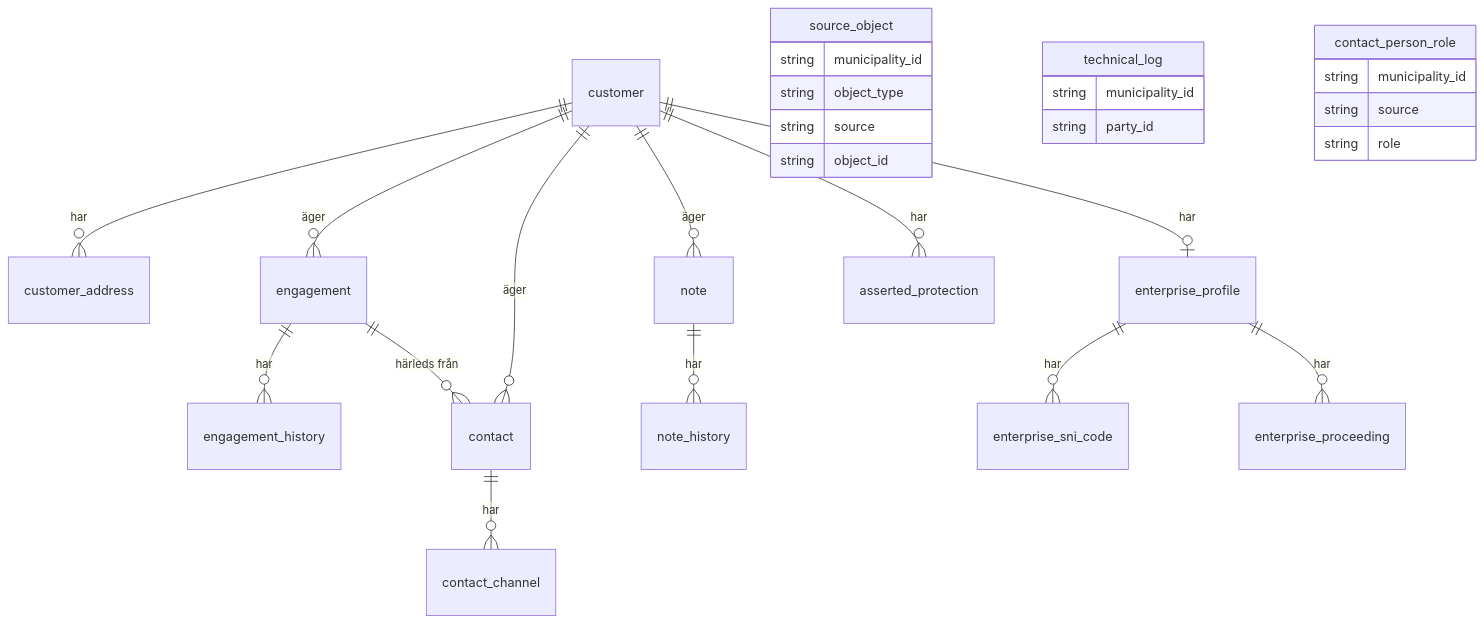
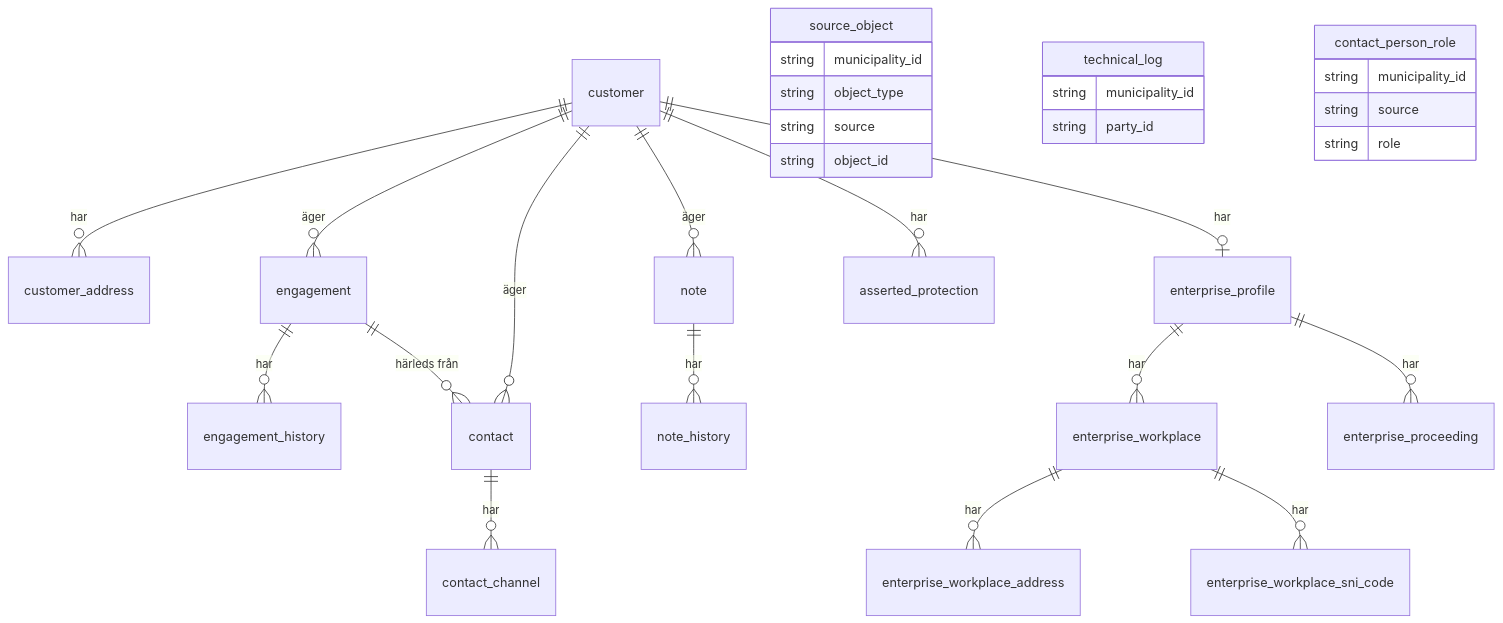
One commit to Sundsvallskommun/api-service-party-overview changed the diagram in docs/arkitektur/04-datamodell.md. Above: the diagram before and after it, drawn with Mermaid. The commit also changed other lines of this file and 12 other files, not shown here.

````diff
--- a/docs/arkitektur/04-datamodell.md
+++ b/docs/arkitektur/04-datamodell.md
@@ -7,30 +7,32 @@
 ```mermaid
 erDiagram
     customer ||--o{ customer_address : "har"
     customer ||--o{ engagement : "äger"
     customer ||--o{ contact : "äger"
     customer ||--o{ note : "äger"
     customer ||--o{ asserted_protection : "har"
     customer ||--o| enterprise_profile : "har"
-    enterprise_profile ||--o{ enterprise_sni_code : "har"
+    enterprise_profile ||--o{ enterprise_workplace : "har"
+    enterprise_workplace ||--o{ enterprise_workplace_address : "har"
+    enterprise_workplace ||--o{ enterprise_workplace_sni_code : "har"
     enterprise_profile ||--o{ enterprise_proceeding : "har"
     engagement ||--o{ engagement_history : "har"
     engagement ||--o{ contact : "härleds från"
     contact ||--o{ contact_channel : "har"
     note ||--o{ note_history : "har"
     source_object {
         string municipality_id
         string object_type
         string source
         string object_id
     }
     technical_log {
         string municipality_id
         string party_id
     }
     contact_person_role {
         string municipality_id
         string source
         string role
     }
 ```
````
